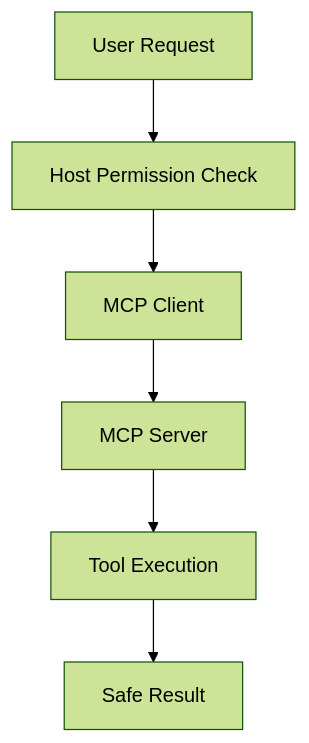
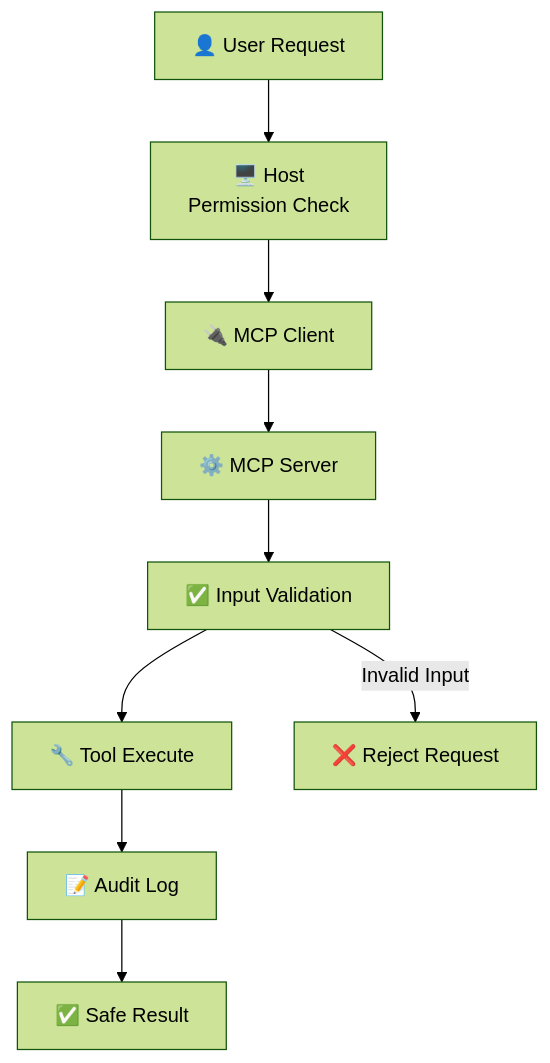
Before and after one commit to Sameer-Malik20/SusaGPT-Build-LLM-From-Scratch-With-Hinglish-Learning-Material: the tenth of 14 diagrams in docs/ai/MCP_Guide.md, drawn with Mermaid (forest theme). The commit also changed other lines of this file and 10 other files, not shown here.

````diff
--- a/docs/ai/MCP_Guide.md
+++ b/docs/ai/MCP_Guide.md
@@ -400,8 +501,12 @@
 ```mermaid
 flowchart TD
-    A[User Request] --> B[Host Permission Check]
-    B --> C[MCP Client]
-    C --> D[MCP Server]
-    D --> E[Tool Execution]
-    E --> F[Safe Result]
+    U["👤 User Request"] --> H["🖥️ Host\nPermission Check"]
+    H --> C["🔌 MCP Client"]
+    C --> S["⚙️ MCP Server"]
+    S --> V["✅ Input Validation"]
+    V --> T["🔧 Tool Execute"]
+    T --> L["📝 Audit Log"]
+    L --> R["✅ Safe Result"]
+
+    V -->|"Invalid Input"| E["❌ Reject Request"]
 ```
````
